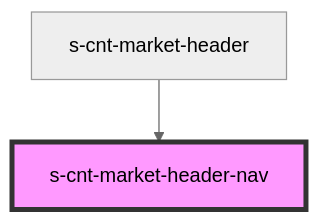
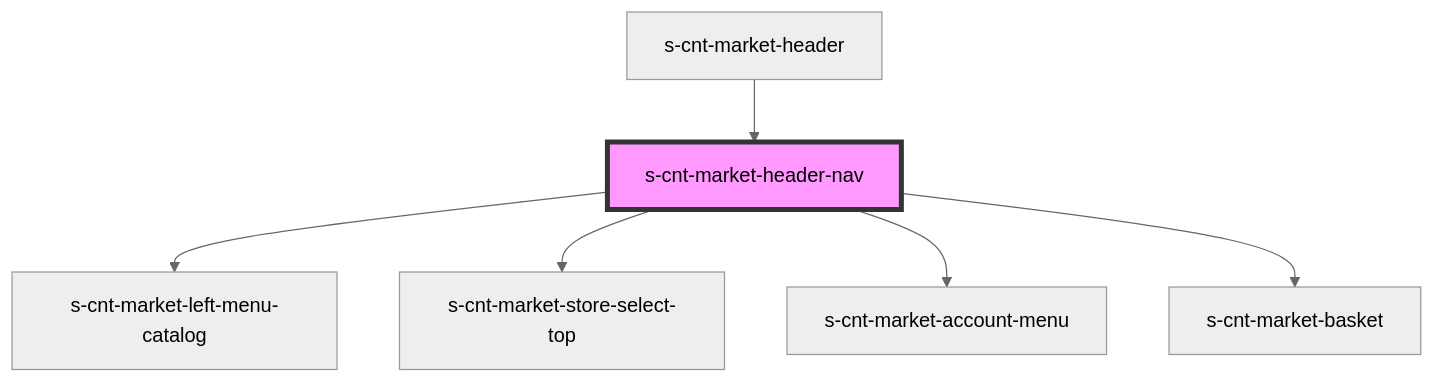
The diagram in src/components/group-b/res/view/s-cnt-market-header-wrapper/res/view/s-cnt-market-header/res/view/s-cnt-market-header-nav/readme.md (saqhan/stencil-market), drawn with Mermaid (neutral theme) before and after one commit. The commit also changed other lines of this file and 57 other files, not shown here.

````diff
--- a/src/components/group-b/res/view/s-cnt-market-header-wrapper/res/view/s-cnt-market-header/res/view/s-cnt-market-header-nav/readme.md
+++ b/src/components/group-b/res/view/s-cnt-market-header-wrapper/res/view/s-cnt-market-header/res/view/s-cnt-market-header-nav/readme.md
@@ -15,5 +32,9 @@
 ```mermaid
 graph TD;
+  s-cnt-market-header-nav --> s-cnt-market-left-menu-catalog
+  s-cnt-market-header-nav --> s-cnt-market-store-select-top
+  s-cnt-market-header-nav --> s-cnt-market-account-menu
+  s-cnt-market-header-nav --> s-cnt-market-basket
   s-cnt-market-header --> s-cnt-market-header-nav
   style s-cnt-market-header-nav fill:#f9f,stroke:#333,stroke-width:4px
 ```
````
